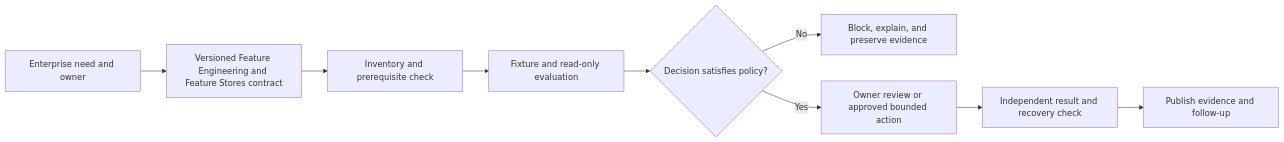
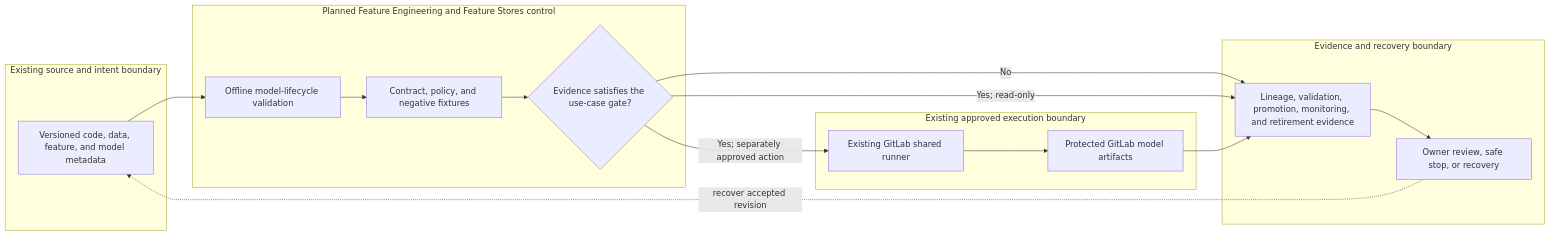
One commit to MIDHTECH/enterprise-architecture-docs changed the diagram in docs/use-cases/mlops/UC-MLOPS-003-feature-engineering-and-feature-stores.md. Above: the diagram before and after it, drawn with Mermaid. The commit also changed other lines of this file and 227 other files, not shown here.

Commit message:
Deepen architecture for all use case designs

````diff
--- a/docs/use-cases/mlops/UC-MLOPS-003-feature-engineering-and-feature-stores.md
+++ b/docs/use-cases/mlops/UC-MLOPS-003-feature-engineering-and-feature-stores.md
@@ -136,11 +129,25 @@
 ```mermaid
 flowchart LR
-    Need["Enterprise need and owner"] --> Contract["Versioned Feature Engineering and Feature Stores contract"]
-    Contract --> Preflight["Inventory and prerequisite check"]
-    Preflight --> Evaluate["Fixture and read-only evaluation"]
-    Evaluate --> Decision{"Decision satisfies policy?"}
-    Decision -->|No| Stop["Block, explain, and preserve evidence"]
-    Decision -->|Yes| Review["Owner review or approved bounded action"]
-    Review --> Verify["Independent result and recovery check"]
-    Verify --> Publish["Publish evidence and follow-up"]
+    subgraph Source["Existing source and intent boundary"]
+        A["Versioned code, data, feature, and model metadata"]
+    end
+    subgraph Planned["Planned Feature Engineering and Feature Stores control"]
+        B["Offline model-lifecycle validation"]
+        C["Contract, policy, and negative fixtures"]
+        D{"Evidence satisfies the use-case gate?"}
+    end
+    subgraph Runtime["Existing approved execution boundary"]
+        E["Existing GitLab shared runner"]
+        F["Protected GitLab model artifacts"]
+    end
+    subgraph Assurance["Evidence and recovery boundary"]
+        G["Lineage, validation, promotion, monitoring, and retirement evidence"]
+        H["Owner review, safe stop, or recovery"]
+    end
+
+    A --> B --> C --> D
+    D -->|No| G --> H
+    D -->|Yes; read-only| G
+    D -->|Yes; separately approved action| E --> F --> G
+    H -. recover accepted revision .-> A
 ```
````
